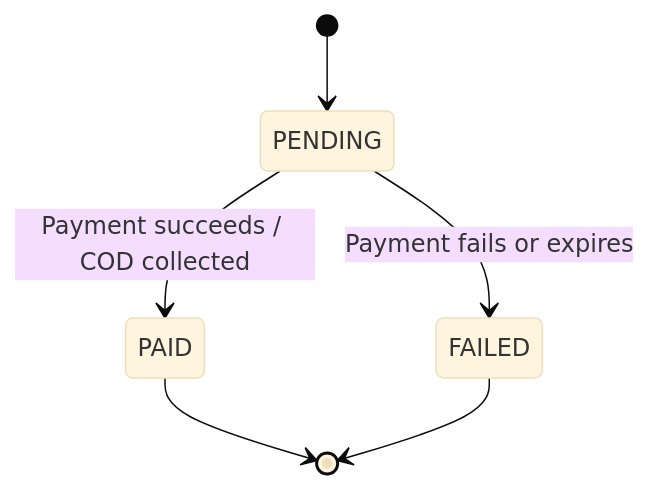
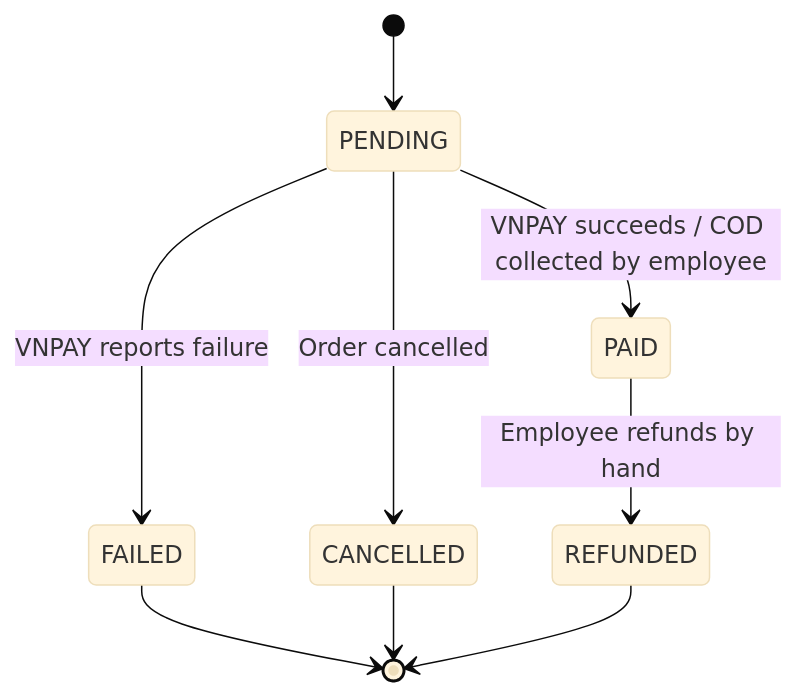
One commit to pc-shopping-assistant-org/docs changed the diagram in 01-business/workflows/payment-lifecycle.md. Above: the diagram before and after it, drawn with Mermaid (base theme). The commit also changed other lines of this file and 76 other files, not shown here.

````diff
--- a/01-business/workflows/payment-lifecycle.md
+++ b/01-business/workflows/payment-lifecycle.md
@@ -5,8 +5,11 @@
 ```mermaid
 stateDiagram-v2
     [*] --> PENDING
-    PENDING --> PAID: Payment succeeds / COD collected
-    PENDING --> FAILED: Payment fails or expires
-    PAID --> [*]
+    PENDING --> PAID: VNPAY succeeds / COD collected by employee
+    PENDING --> FAILED: VNPAY reports failure
+    PENDING --> CANCELLED: Order cancelled
+    PAID --> REFUNDED: Employee refunds by hand
     FAILED --> [*]
+    CANCELLED --> [*]
+    REFUNDED --> [*]
 ```
````
